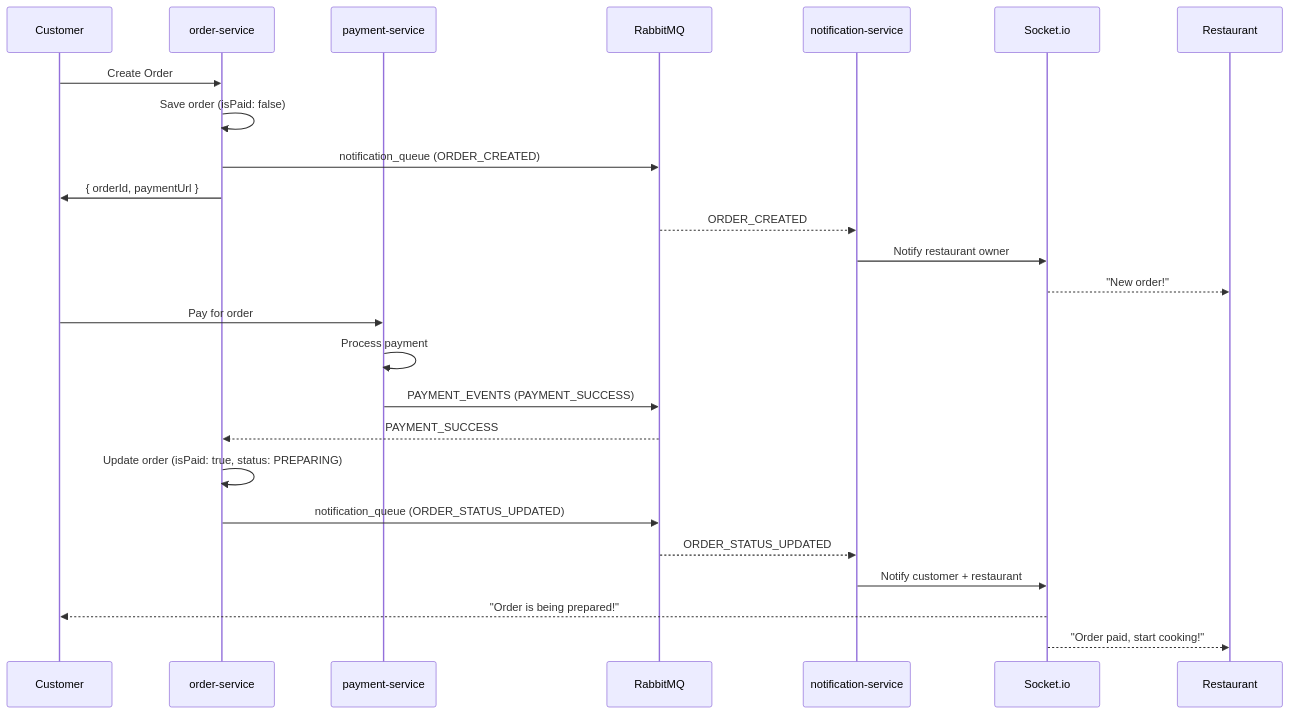
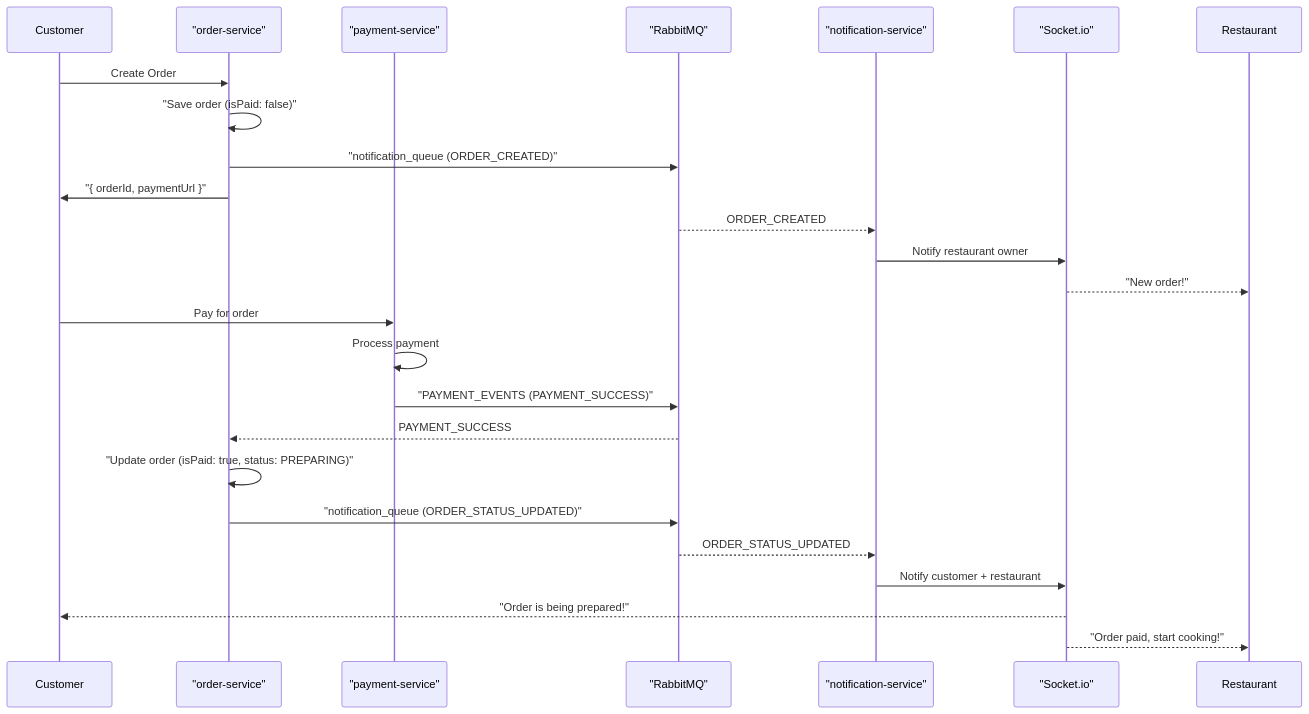
Before and after one commit to Food-Delivery-Aggregator/.github: diagram 21 of 21 in profile/README.md, drawn with Mermaid. The commit also changed other lines of this file, not shown here.

Commit message:
Refactor mermaid diagrams for clarity and consistency

````diff
--- a/profile/README.md
+++ b/profile/README.md
@@ -1548,32 +1545,32 @@
 ```mermaid
 sequenceDiagram
     participant Customer
-    participant ORDER as order-service
-    participant PAY as payment-service
-    participant RMQ as RabbitMQ
-    participant NOTIF as notification-service
-    participant WS as Socket.io
+    participant ORDER as "order-service"
+    participant PAY as "payment-service"
+    participant RMQ as "RabbitMQ"
+    participant NOTIF as "notification-service"
+    participant WS as "Socket.io"
     participant Restaurant
 
     Customer->>ORDER: Create Order
-    ORDER->>ORDER: Save order (isPaid: false)
-    ORDER->>RMQ: notification_queue (ORDER_CREATED)
-    ORDER->>Customer: { orderId, paymentUrl }
+    ORDER->>ORDER: "Save order (isPaid: false)"
+    ORDER->>RMQ: "notification_queue (ORDER_CREATED)"
+    ORDER->>Customer: "{ orderId, paymentUrl }"
 
     RMQ-->>NOTIF: ORDER_CREATED
     NOTIF->>WS: Notify restaurant owner
     WS-->>Restaurant: "New order!"
 
     Customer->>PAY: Pay for order
     PAY->>PAY: Process payment
-    PAY->>RMQ: PAYMENT_EVENTS (PAYMENT_SUCCESS)
+    PAY->>RMQ: "PAYMENT_EVENTS (PAYMENT_SUCCESS)"
 
     RMQ-->>ORDER: PAYMENT_SUCCESS
-    ORDER->>ORDER: Update order (isPaid: true, status: PREPARING)
-    ORDER->>RMQ: notification_queue (ORDER_STATUS_UPDATED)
+    ORDER->>ORDER: "Update order (isPaid: true, status: PREPARING)"
+    ORDER->>RMQ: "notification_queue (ORDER_STATUS_UPDATED)"
 
     RMQ-->>NOTIF: ORDER_STATUS_UPDATED
     NOTIF->>WS: Notify customer + restaurant
     WS-->>Customer: "Order is being prepared!"
     WS-->>Restaurant: "Order paid, start cooking!"
 ```
````
